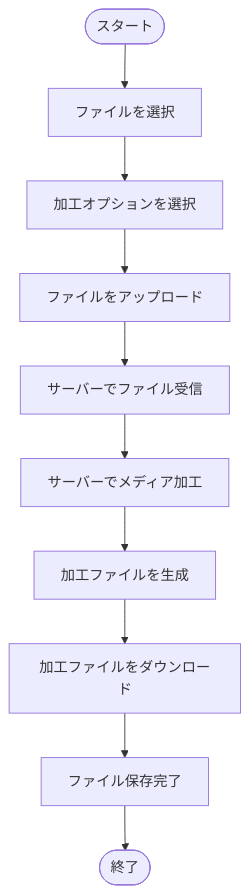
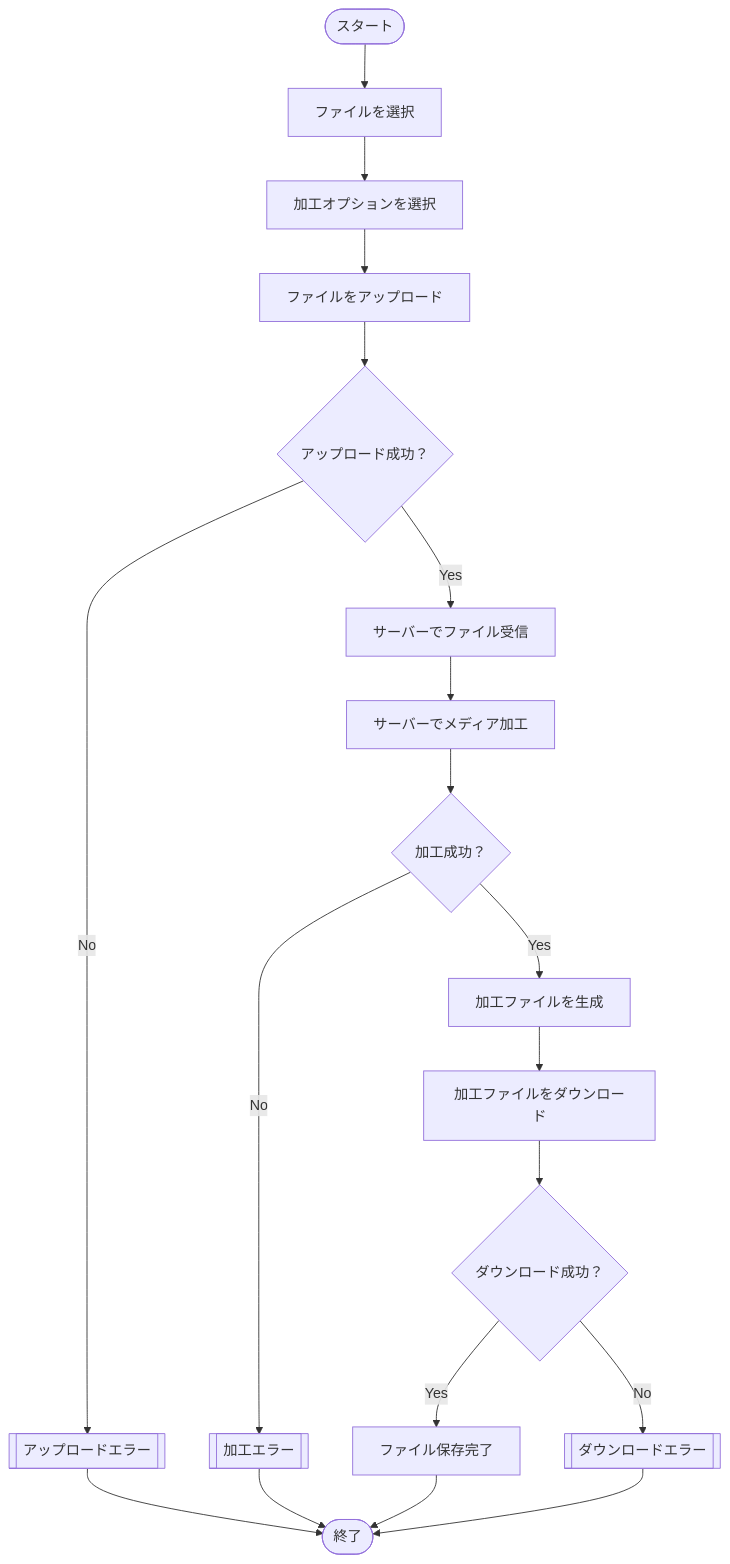
The diagram in README.md (BackendExplorer/Video-Processor), drawn with Mermaid before and after one commit.

````diff
--- a/README.md
+++ b/README.md
@@ -152,17 +152,33 @@
 ```mermaid
 flowchart TD
     Start([スタート])
     ファイル選択[ファイルを選択]
     オプション選択[加工オプションを選択]
 
     アップロード開始[ファイルをアップロード]
+    アップロード成功{アップロード成功？}
     サーバ受信[サーバーでファイル受信]
     加工処理[サーバーでメディア加工]
+    加工成功{加工成功？}
+
     加工完了[加工ファイルを生成]
+    ダウンロード開始[加工ファイルをダウンロード]
+    ダウンロード成功{ダウンロード成功？}
+    保存完了[ファイル保存完了]
 
-    ダウンロード開始[加工ファイルをダウンロード]
-    保存完了[ファイル保存完了]
+    エラー処理1[[アップロードエラー]]
+    エラー処理2[[加工エラー]]
+    エラー処理3[[ダウンロードエラー]]
+
     End([終了])
 
-    Start --> ファイル選択 --> オプション選択 --> アップロード開始 --> サーバ受信 --> 加工処理 --> 加工完了 --> ダウンロード開始 --> 保存完了 --> End
+    Start --> ファイル選択 --> オプション選択 --> アップロード開始 --> アップロード成功
+    アップロード成功 -- Yes --> サーバ受信 --> 加工処理 --> 加工成功
+    アップロード成功 -- No --> エラー処理1 --> End
+
+    加工成功 -- Yes --> 加工完了 --> ダウンロード開始 --> ダウンロード成功
+    加工成功 -- No --> エラー処理2 --> End
+
+    ダウンロード成功 -- Yes --> 保存完了 --> End
+    ダウンロード成功 -- No --> エラー処理3 --> End
 ```
````
